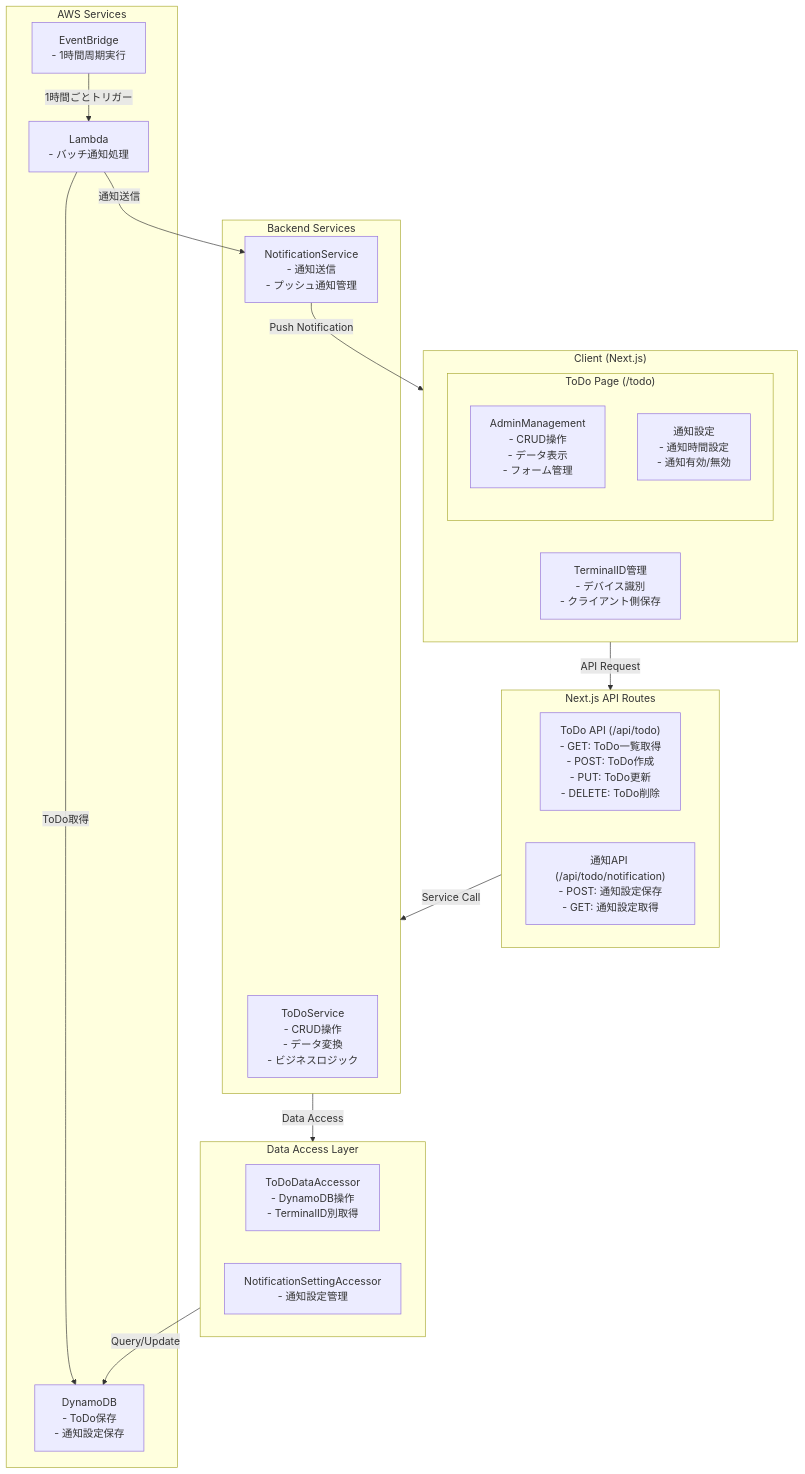
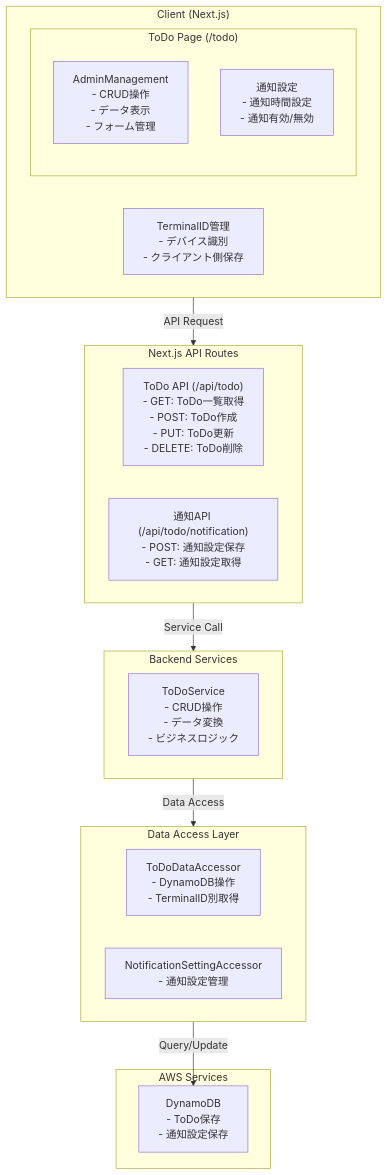
Before and after one commit to nagiyu/tools: the first of 5 diagrams in docs/tools/todo.md, drawn with Mermaid. The commit also changed other lines of this file, not shown here.

First line of the commit message:
Update ToDo architecture based on review feedback

````diff
--- a/docs/tools/todo.md
+++ b/docs/tools/todo.md
@@ -11,40 +13,33 @@
 ```mermaid
 graph TB
     subgraph Client["Client (Next.js)"]
         subgraph Page["ToDo Page (/todo)"]
             AdminMgmt["AdminManagement<br/>- CRUD操作<br/>- データ表示<br/>- フォーム管理"]
             NotifSettings["通知設定<br/>- 通知時間設定<br/>- 通知有効/無効"]
         end
         TerminalID["TerminalID管理<br/>- デバイス識別<br/>- クライアント側保存"]
     end
     
     subgraph API["Next.js API Routes"]
         TodoAPI["ToDo API (/api/todo)<br/>- GET: ToDo一覧取得<br/>- POST: ToDo作成<br/>- PUT: ToDo更新<br/>- DELETE: ToDo削除"]
         NotifAPI["通知API (/api/todo/notification)<br/>- POST: 通知設定保存<br/>- GET: 通知設定取得"]
     end
     
     subgraph Services["Backend Services"]
         TodoService["ToDoService<br/>- CRUD操作<br/>- データ変換<br/>- ビジネスロジック"]
-        NotifService["NotificationService<br/>- 通知送信<br/>- プッシュ通知管理"]
     end
     
     subgraph Data["Data Access Layer"]
         TodoAccessor["ToDoDataAccessor<br/>- DynamoDB操作<br/>- TerminalID別取得"]
         NotifAccessor["NotificationSettingAccessor<br/>- 通知設定管理"]
     end
     
     subgraph AWS["AWS Services"]
         DynamoDB["DynamoDB<br/>- ToDo保存<br/>- 通知設定保存"]
-        EventBridge["EventBridge<br/>- 1時間周期実行"]
-        Lambda["Lambda<br/>- バッチ通知処理"]
     end
     
     Client -->|API Request| API
     API -->|Service Call| Services
     Services -->|Data Access| Data
     Data -->|Query/Update| DynamoDB
-    EventBridge -->|1時間ごとトリガー| Lambda
-    Lambda -->|ToDo取得| DynamoDB
-    Lambda -->|通知送信| NotifService
-    NotifService -->|Push Notification| Client
 ```
````
